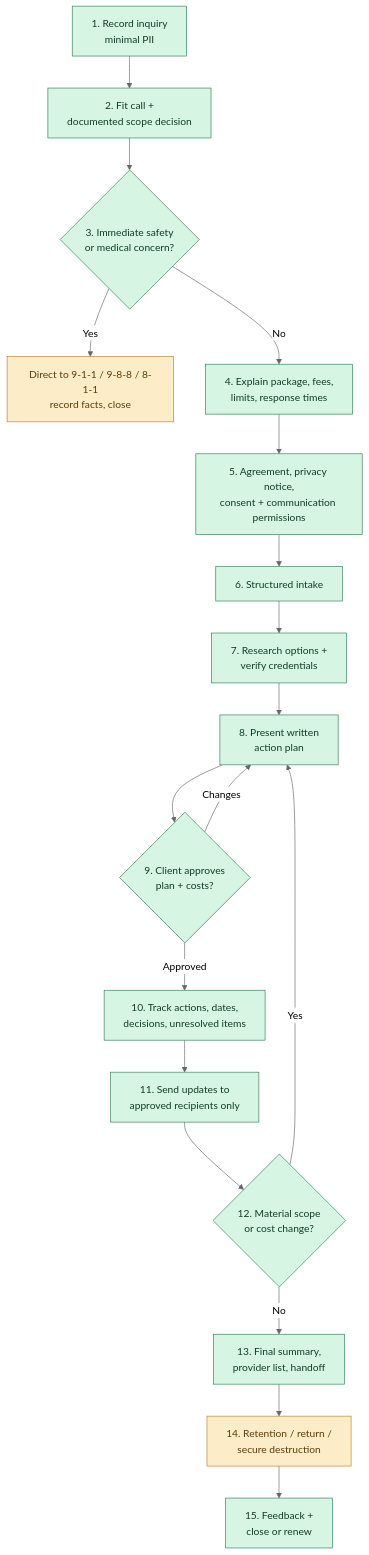
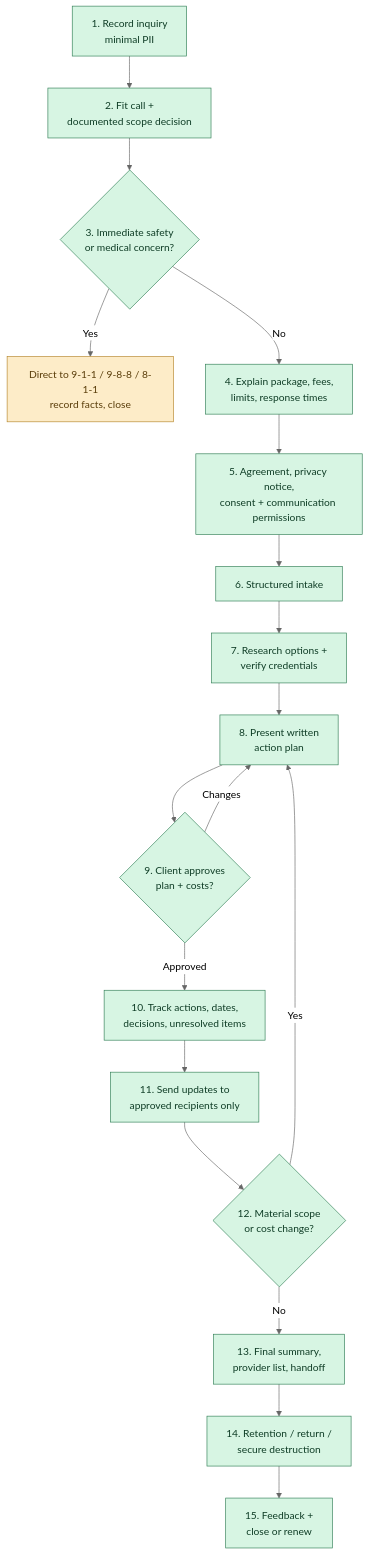
One commit to Yruhere1974/Fixer changed the diagram in Project_Operating_System.md. Above: the diagram before and after it, drawn with Mermaid (neutral theme). The commit also changed other lines of this file and 10 other files, not shown here.

First line of the commit message:
feat(app): secure destruction execution (§8.8, step 14)

````diff
--- a/Project_Operating_System.md
+++ b/Project_Operating_System.md
@@ -478,24 +478,24 @@
 ```mermaid
 flowchart TD
     S1[1. Record inquiry<br/>minimal PII]:::ok --> S2[2. Fit call +<br/>documented scope decision]:::ok
     S2 --> S3{3. Immediate safety<br/>or medical concern?}:::ok
     S3 -- Yes --> E[Direct to 9-1-1 / 9-8-8 / 8-1-1<br/>record facts, close]:::partial
     S3 -- No --> S4[4. Explain package, fees,<br/>limits, response times]:::ok
     S4 --> S5[5. Agreement, privacy notice,<br/>consent + communication permissions]:::ok
     S5 --> S6[6. Structured intake]:::ok
     S6 --> S7[7. Research options +<br/>verify credentials]:::ok
     S7 --> S8[8. Present written<br/>action plan]:::ok
     S8 --> S9{9. Client approves<br/>plan + costs?}:::ok
     S9 -- Changes --> S8
     S9 -- Approved --> S10[10. Track actions, dates,<br/>decisions, unresolved items]:::ok
     S10 --> S11[11. Send updates to<br/>approved recipients only]:::ok
     S11 --> S12{12. Material scope<br/>or cost change?}:::ok
     S12 -- Yes --> S8
     S12 -- No --> S13[13. Final summary,<br/>provider list, handoff]:::ok
-    S13 --> S14[14. Retention / return /<br/>secure destruction]:::partial
+    S13 --> S14[14. Retention / return /<br/>secure destruction]:::ok
     S14 --> S15[15. Feedback +<br/>close or renew]:::ok
 
     classDef ok fill:#d7f5e3,stroke:#2f7d54,color:#0f3d26;
     classDef partial fill:#fdecc8,stroke:#b5852a,color:#5a3d0a;
     classDef notbuilt fill:#ffdad6,stroke:#ba1a1a,color:#7a0e0e;
 ```
````
